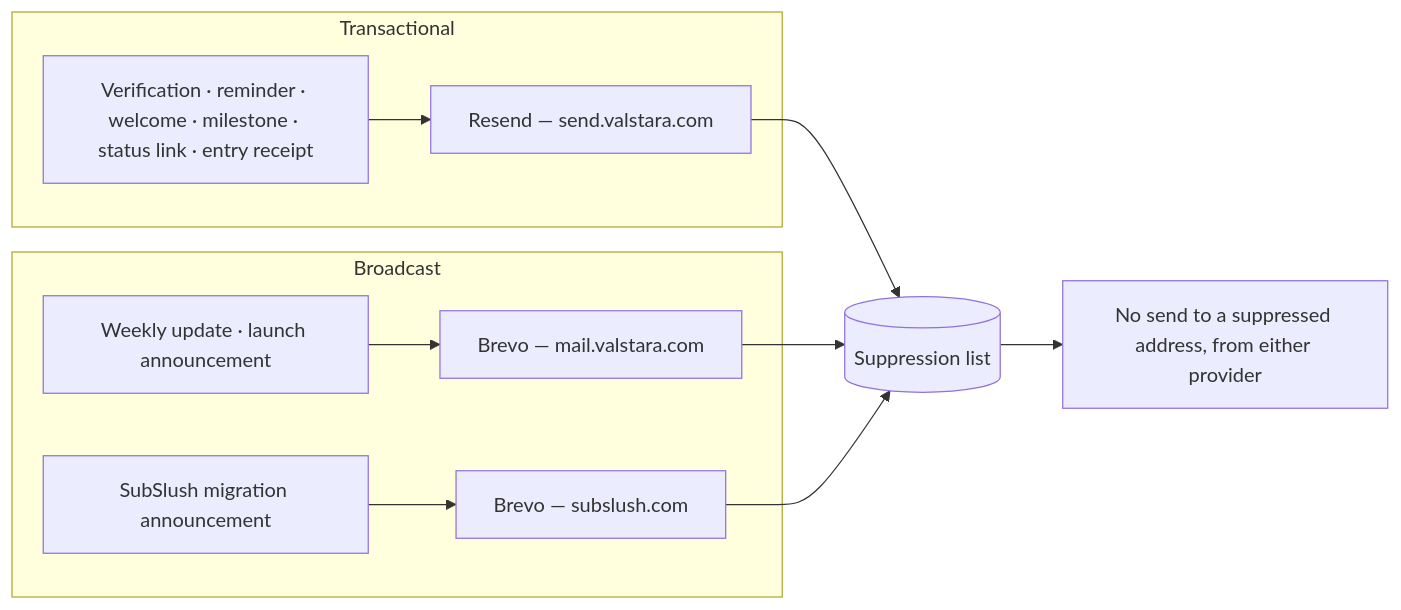
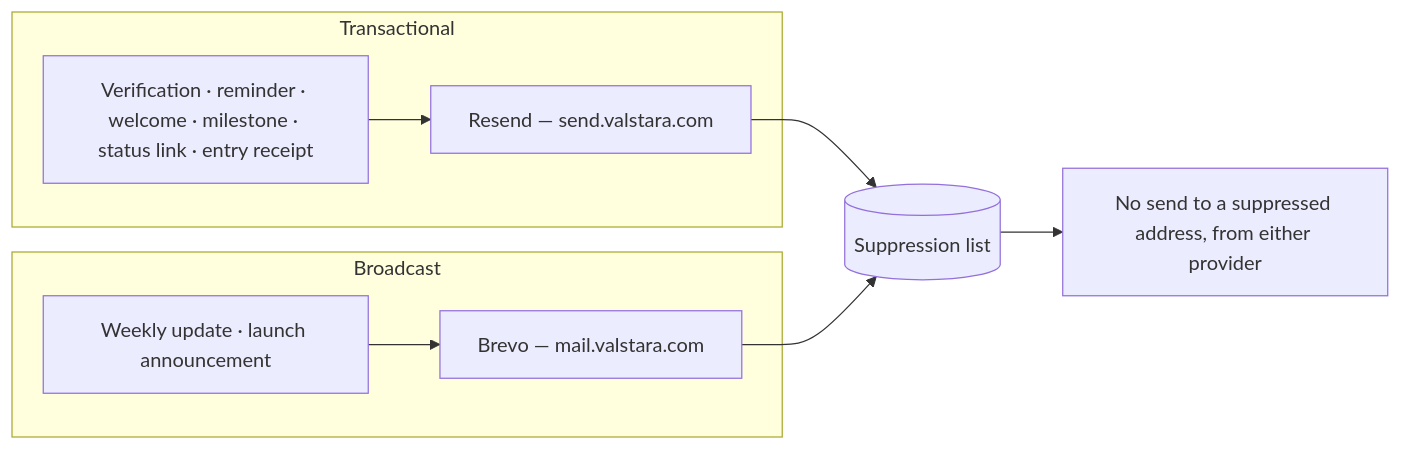
One commit to BorisLovrenovic/valstara-prelaunch changed the sixth of 7 diagrams in docs/architecture/overview.md. Above: the diagram before and after it, drawn with Mermaid. The commit also changed other lines of this file and 13 other files, not shown here.

First line of the commit message:
docs(ADR-028): send the SubSlush announcement manually, outside Valstara (#75)

````diff
--- a/docs/architecture/overview.md
+++ b/docs/architecture/overview.md
@@ -180,16 +180,14 @@
 ```mermaid
 flowchart LR
   subgraph Transactional
     T[Verification · reminder · welcome · milestone · status link · entry receipt]
     T --> RS[Resend — send.valstara.com]
   end
   subgraph Broadcast
     B[Weekly update · launch announcement]
     B --> BV[Brevo — mail.valstara.com]
-    M[SubSlush migration announcement] --> BS[Brevo — subslush.com]
   end
   RS --> SUP[(Suppression list)]
   BV --> SUP
-  BS --> SUP
   SUP --> ALL[No send to a suppressed address, from either provider]
 ```
````
